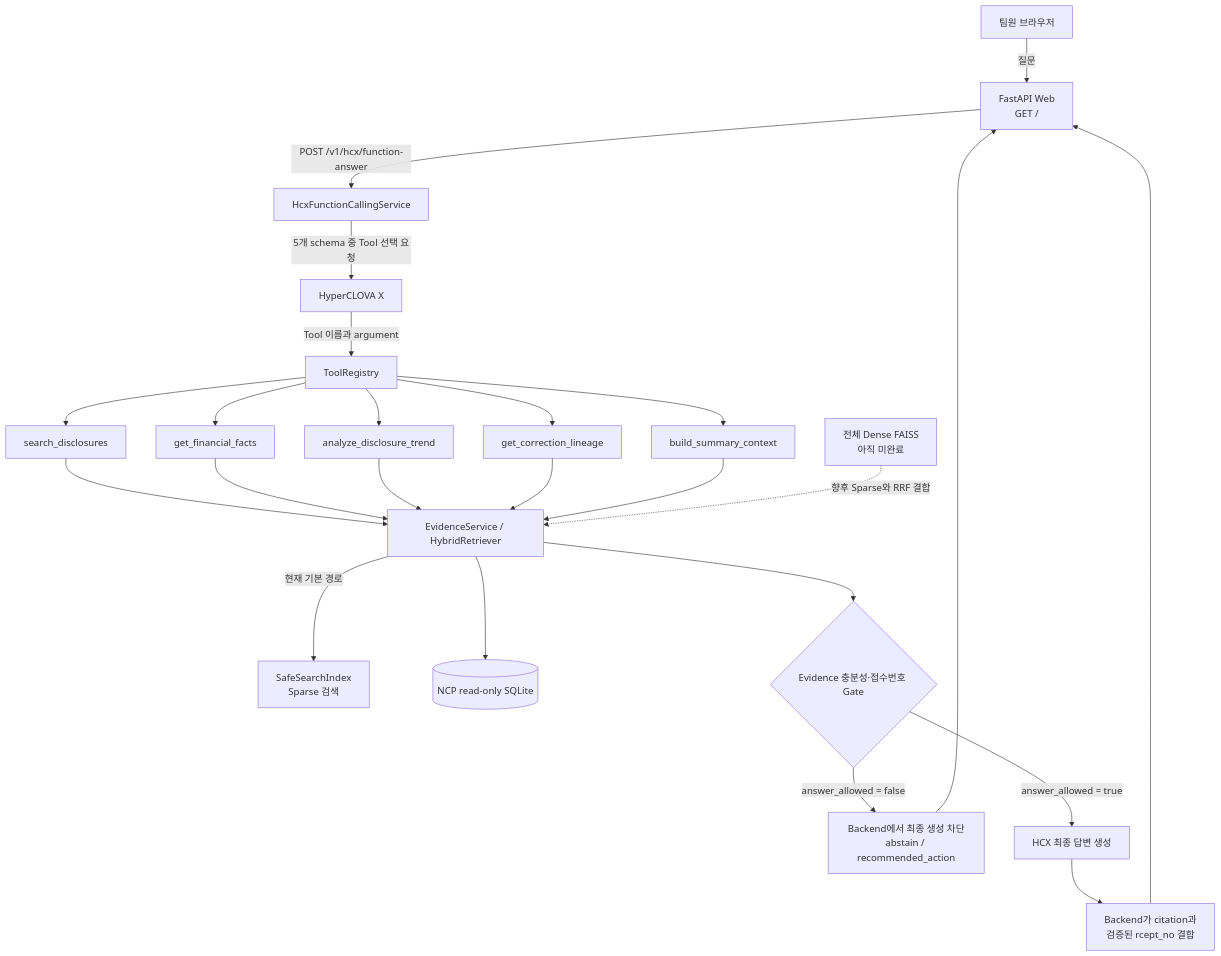
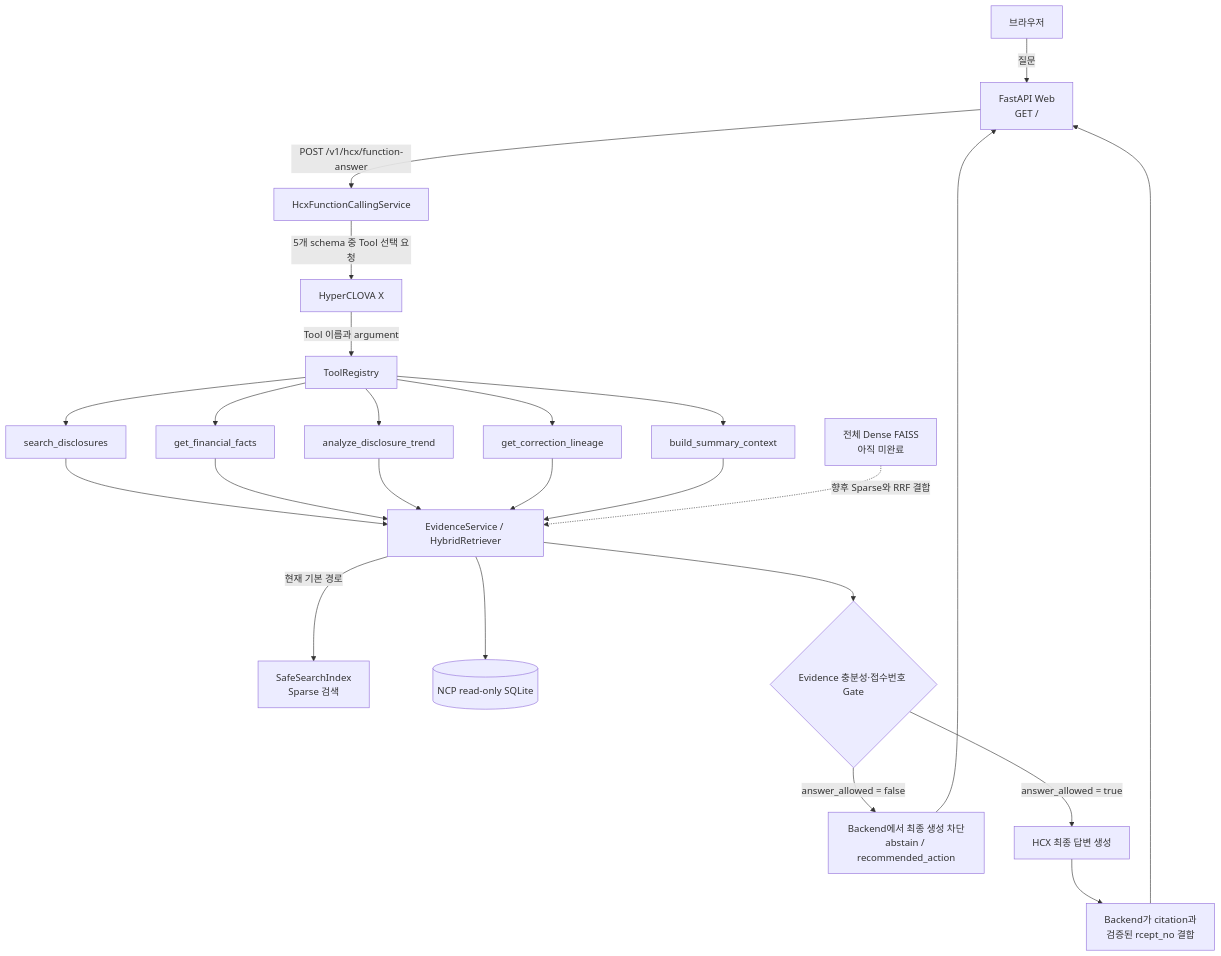
The diagram in docs/README-project-guide.md (mirae-asset-team/mirae-asset-project), drawn with Mermaid before and after one commit. The commit also changed other lines of this file, not shown here.

Commit message:
docs: refine beginner project guide

````diff
--- a/docs/README-project-guide.md
+++ b/docs/README-project-guide.md
@@ -28,30 +28,30 @@
 ```mermaid
 flowchart TD
-    U[팀원 브라우저] -->|질문| W[FastAPI Web<br/>GET /]
+    U[브라우저] -->|질문| W[FastAPI Web<br/>GET /]
     W -->|POST /v1/hcx/function-answer| F[HcxFunctionCallingService]
     F -->|5개 schema 중 Tool 선택 요청| H1[HyperCLOVA X]
     H1 -->|Tool 이름과 argument| R[ToolRegistry]
 
     R --> T1[search_disclosures]
     R --> T2[get_financial_facts]
     R --> T3[analyze_disclosure_trend]
     R --> T4[get_correction_lineage]
     R --> T5[build_summary_context]
 
     T1 --> E[EvidenceService / HybridRetriever]
     T2 --> E
     T3 --> E
     T4 --> E
     T5 --> E
     E -->|현재 기본 경로| S[SafeSearchIndex<br/>Sparse 검색]
     E --> DB[(NCP read-only SQLite)]
 
     E --> G{Evidence 충분성·접수번호 Gate}
     G -->|answer_allowed = false| A[Backend에서 최종 생성 차단<br/>abstain / recommended_action]
     G -->|answer_allowed = true| H2[HCX 최종 답변 생성]
     H2 --> C[Backend가 citation과<br/>검증된 rcept_no 결합]
     C --> W
     A --> W
 
     D[전체 Dense FAISS<br/>아직 미완료] -. 향후 Sparse와 RRF 결합 .-> E
 ```
````
